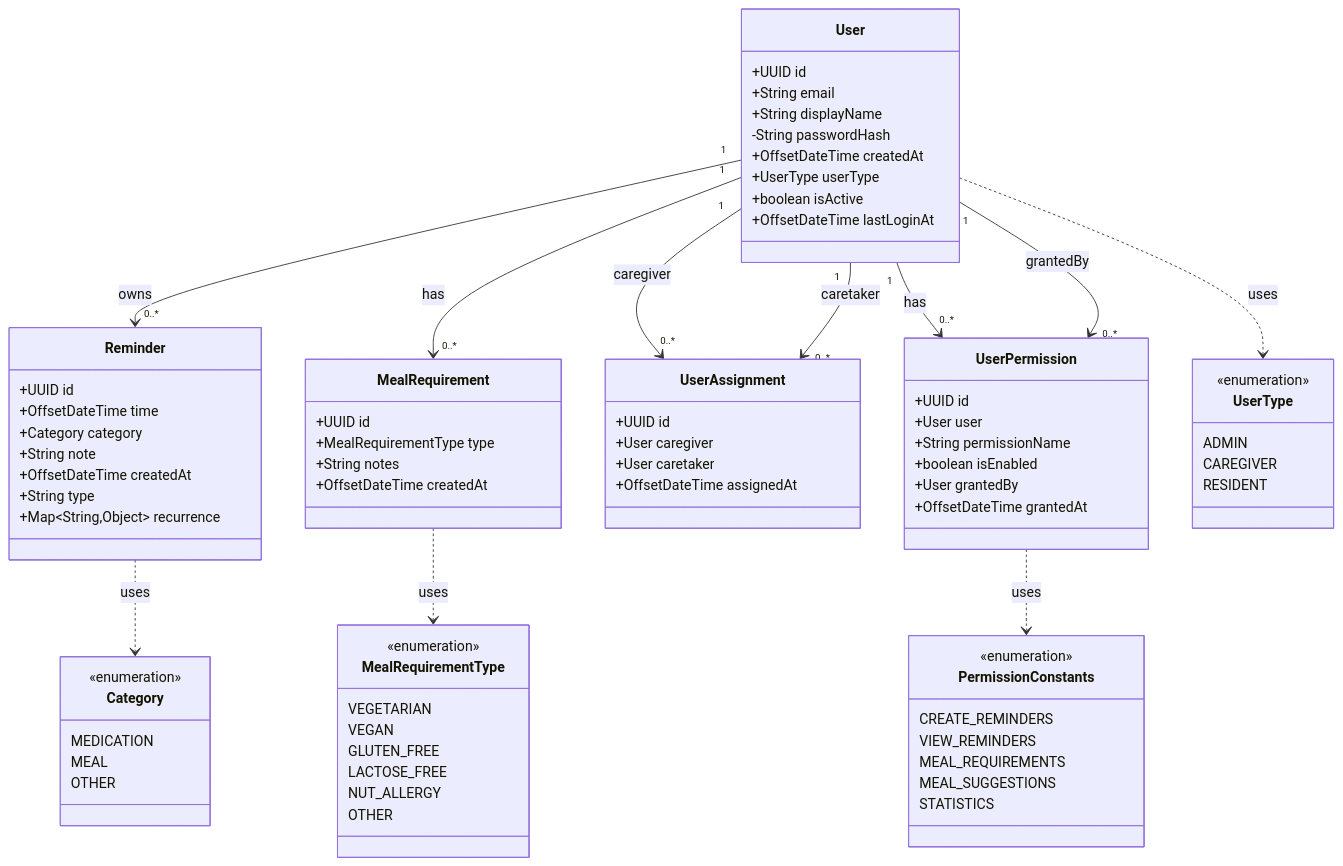
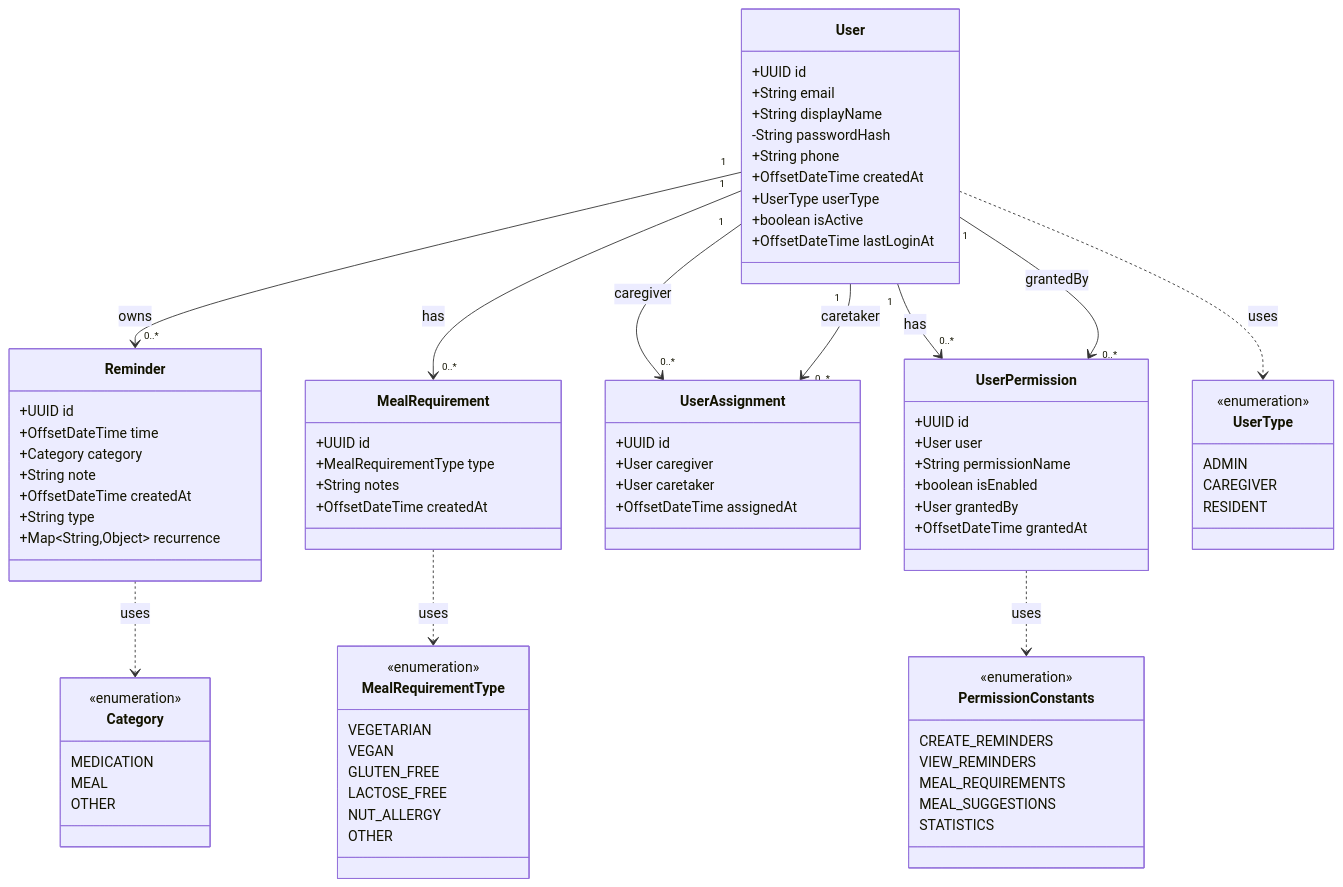
Before and after one commit to Mat-och-sovklocka/mos: the diagram in docs/class-diagram.mmd, drawn with Mermaid. The commit also changed 3 other files, not shown here.

```diff
--- a/docs/class-diagram.mmd
+++ b/docs/class-diagram.mmd
@@ -1,88 +1,89 @@
 classDiagram
   class User {
     +UUID id
     +String email
     +String displayName
     -String passwordHash
+    +String phone
     +OffsetDateTime createdAt
     +UserType userType
     +boolean isActive
     +OffsetDateTime lastLoginAt
   }
 
   class Reminder {
     +UUID id
     +OffsetDateTime time
     +Category category
     +String note
     +OffsetDateTime createdAt
     +String type
     +Map~String,Object~ recurrence
   }
 
   class MealRequirement {
     +UUID id
     +MealRequirementType type
     +String notes
     +OffsetDateTime createdAt
   }
 
   class UserAssignment {
     +UUID id
     +User caregiver
     +User caretaker
     +OffsetDateTime assignedAt
   }
 
   class UserPermission {
     +UUID id
     +User user
     +String permissionName
     +boolean isEnabled
     +User grantedBy
     +OffsetDateTime grantedAt
   }
 
   class Category {
     <<enumeration>>
     MEDICATION
     MEAL
     OTHER
   }
 
   class MealRequirementType {
     <<enumeration>>
     VEGETARIAN
     VEGAN
     GLUTEN_FREE
     LACTOSE_FREE
     NUT_ALLERGY
     OTHER
   }
 
   class UserType {
     <<enumeration>>
     ADMIN
     CAREGIVER
     RESIDENT
   }
 
   class PermissionConstants {
     <<enumeration>>
     CREATE_REMINDERS
     VIEW_REMINDERS
     MEAL_REQUIREMENTS
     MEAL_SUGGESTIONS
     STATISTICS
   }
 
   User "1" --> "0..*" Reminder : owns
   User "1" --> "0..*" MealRequirement : has
   User "1" --> "0..*" UserAssignment : caregiver
   User "1" --> "0..*" UserAssignment : caretaker
   User "1" --> "0..*" UserPermission : has
   User "1" --> "0..*" UserPermission : grantedBy
   Reminder ..> Category : uses
   MealRequirement ..> MealRequirementType : uses
   User ..> UserType : uses
   UserPermission ..> PermissionConstants : uses
```
